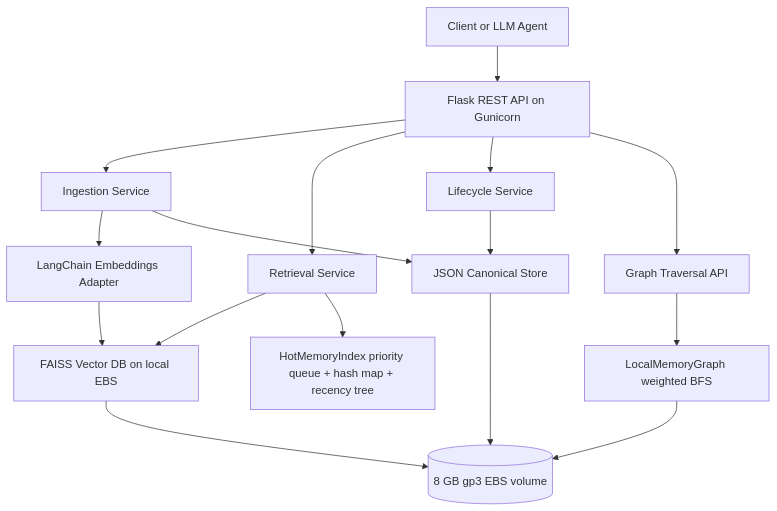
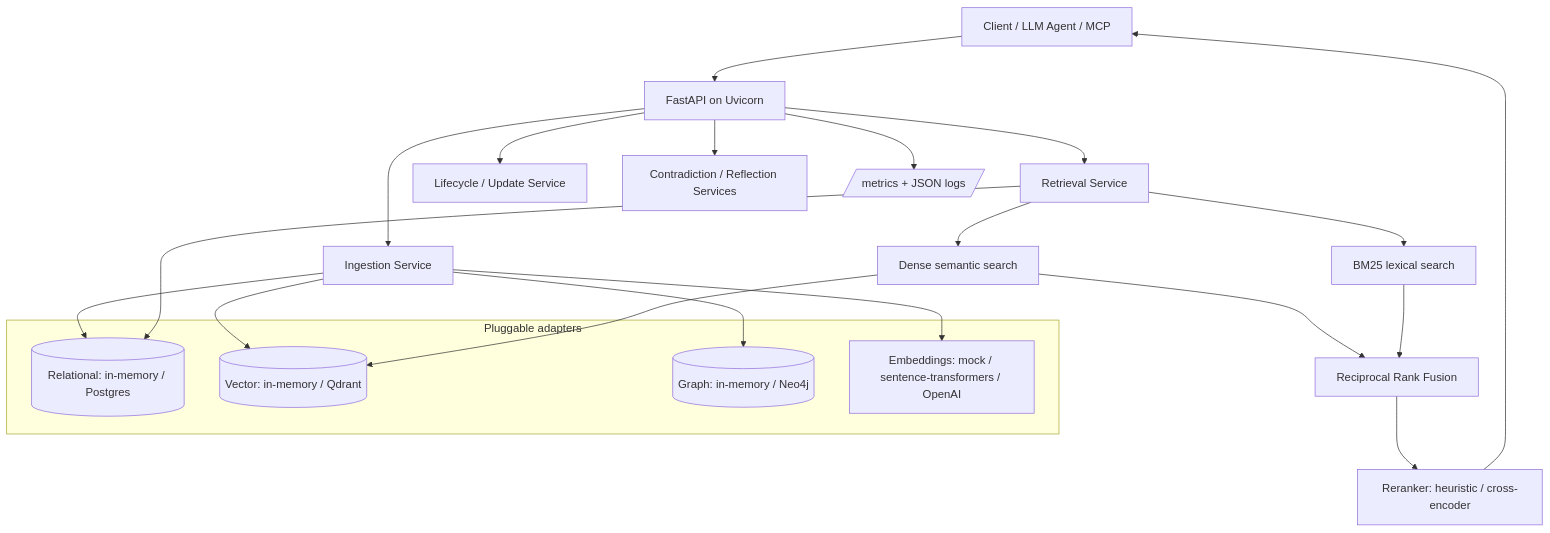
One commit to Ajay-quan/AegisMem changed the diagram in README.md. Above: the diagram before and after it, drawn with Mermaid. The commit also changed other lines of this file and 3 other files, not shown here.

Commit message:
Address review: wire retrieval+ingest metrics, fix embedding backend selection (local needs no key), make README diagram FastAPI-centric

````diff
--- a/README.md
+++ b/README.md
@@ -46,18 +48,30 @@
 ```mermaid
 flowchart TD
-    C[Client or LLM Agent] --> API[Flask REST API on Gunicorn]
+    C[Client / LLM Agent / MCP] --> API[FastAPI on Uvicorn]
     API --> ING[Ingestion Service]
     API --> RET[Retrieval Service]
-    API --> LIFE[Lifecycle Service]
-    API --> GRAPH[Graph Traversal API]
-    ING --> EMB[LangChain Embeddings Adapter]
-    EMB --> FAISS[FAISS Vector DB on local EBS]
-    ING --> JSON[JSON Canonical Store]
-    RET --> FAISS
-    RET --> HOT[HotMemoryIndex priority queue + hash map + recency tree]
-    LIFE --> JSON
-    GRAPH --> MEMG[LocalMemoryGraph weighted BFS]
-    JSON --> EBS[(8 GB gp3 EBS volume)]
-    FAISS --> EBS
-    MEMG --> EBS
+    API --> LIFE[Lifecycle / Update Service]
+    API --> COG[Contradiction / Reflection Services]
+    API --> OBS[/metrics + JSON logs/]
+
+    RET --> DENSE[Dense semantic search]
+    RET --> BM25[BM25 lexical search]
+    DENSE --> RRF[Reciprocal Rank Fusion]
+    BM25 --> RRF
+    RRF --> RERANK[Reranker: heuristic / cross-encoder]
+
+    subgraph Adapters [Pluggable adapters]
+        REL[(Relational: in-memory / Postgres)]
+        VEC[(Vector: in-memory / Qdrant)]
+        GR[(Graph: in-memory / Neo4j)]
+        EMB[Embeddings: mock / sentence-transformers / OpenAI]
+    end
+
+    ING --> REL
+    ING --> VEC
+    ING --> GR
+    ING --> EMB
+    RET --> REL
+    DENSE --> VEC
+    RERANK --> C
 ```
````
